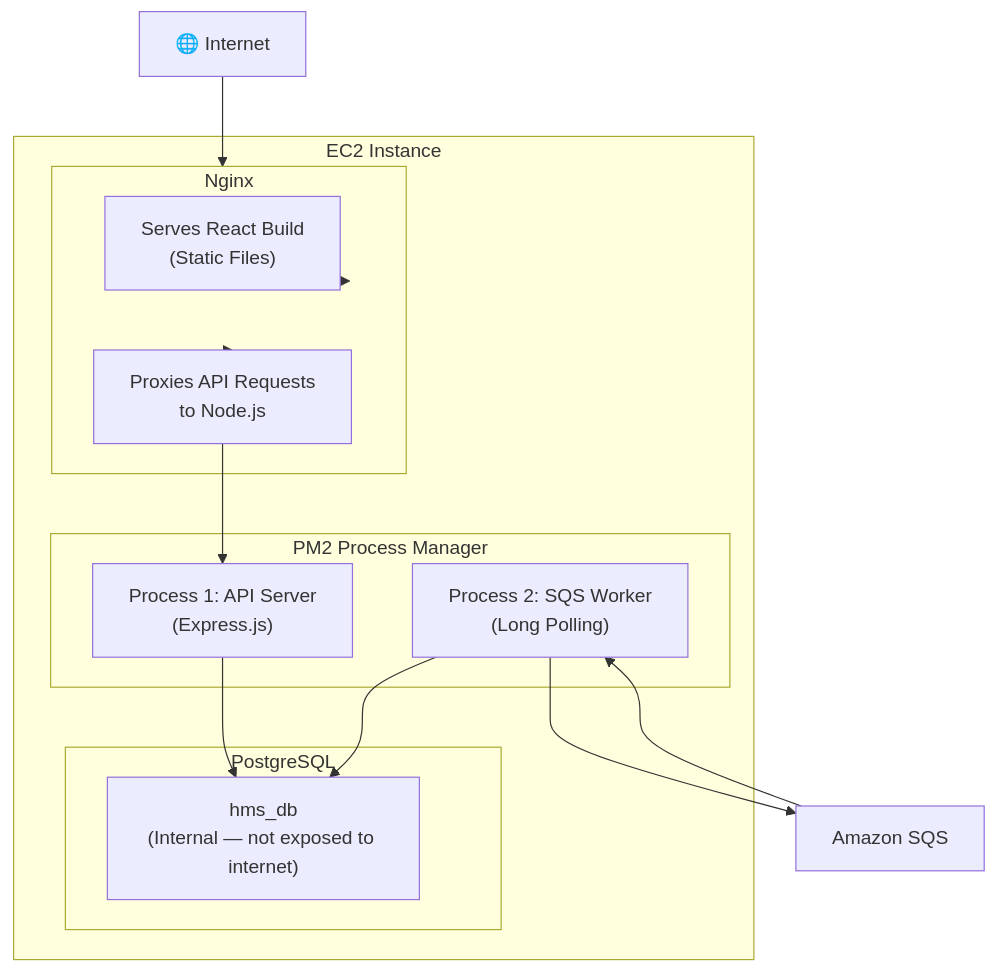
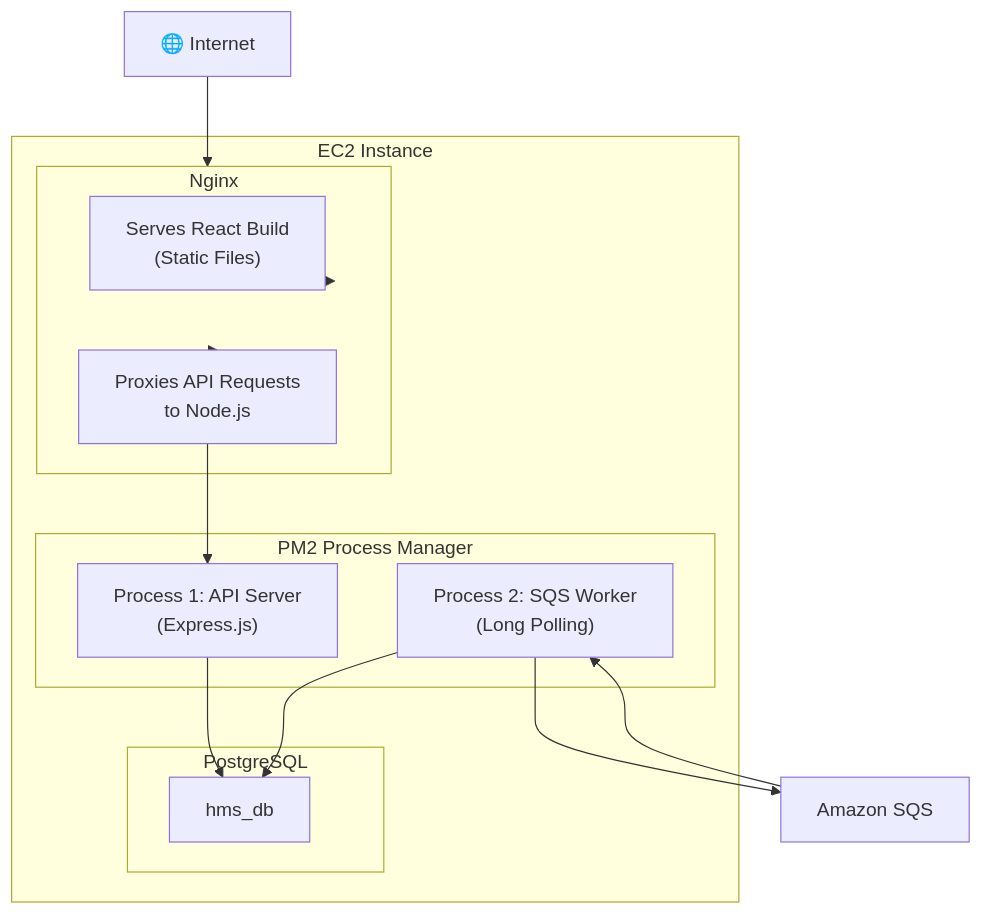
The seventh of 10 diagrams in docs/01-Architecure-Design.md (AmbyHasan/HMS), drawn with Mermaid before and after one commit.

Commit message:
Architecture doc

````diff
--- a/docs/01-Architecure-Design.md
+++ b/docs/01-Architecure-Design.md
@@ -344,27 +344,27 @@
 ```mermaid
 graph TD
     subgraph EC2["EC2 Instance"]
         subgraph Nginx["Nginx"]
             Static["Serves React Build\n(Static Files)"]
             Proxy["Proxies API Requests\nto Node.js"]
         end
 
         subgraph PM2["PM2 Process Manager"]
             AppProc["Process 1: API Server\n(Express.js)"]
             WorkerProc["Process 2: SQS Worker\n(Long Polling)"]
         end
 
         subgraph PG["PostgreSQL"]
-            DB["hms_db\n(Internal — not exposed to internet)"]
+            DB["hms_db"]
         end
     end
 
     Internet["🌐 Internet"] --> Nginx
     Nginx --> Static
     Nginx --> Proxy
     Proxy --> AppProc
     AppProc --> DB
     WorkerProc --> DB
     WorkerProc --> SQS["Amazon SQS"]
     SQS --> WorkerProc
 ```
````
